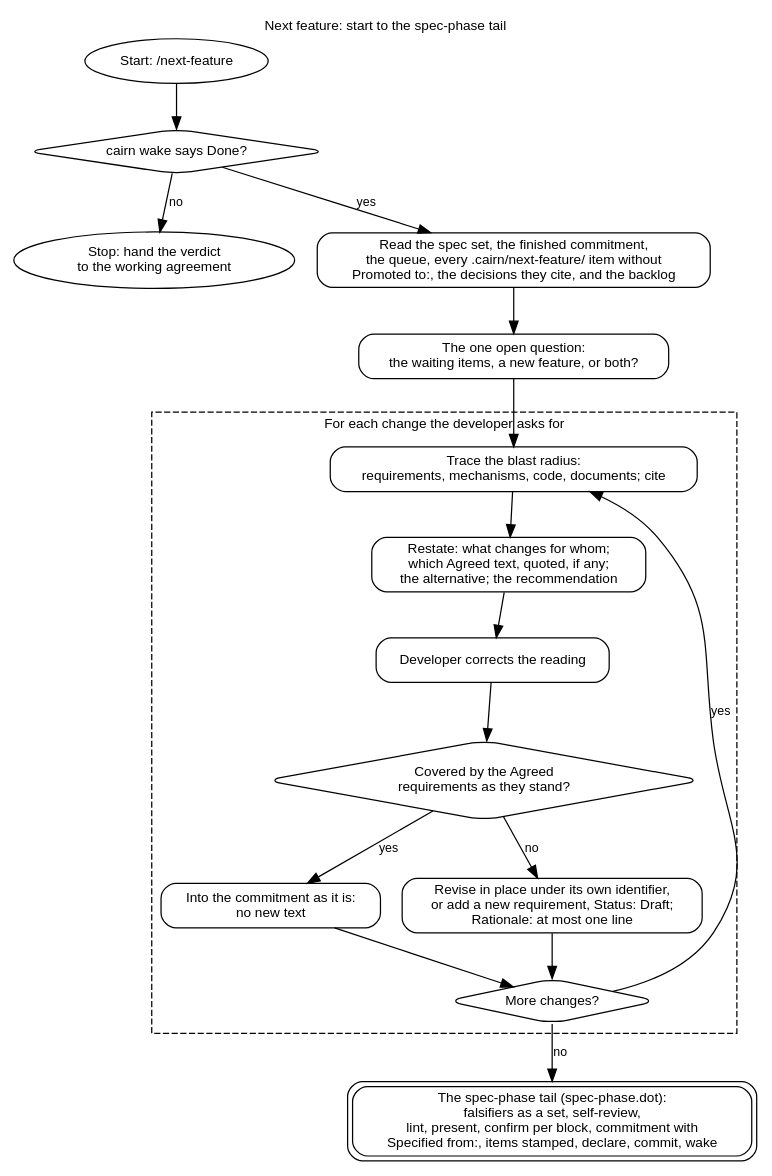
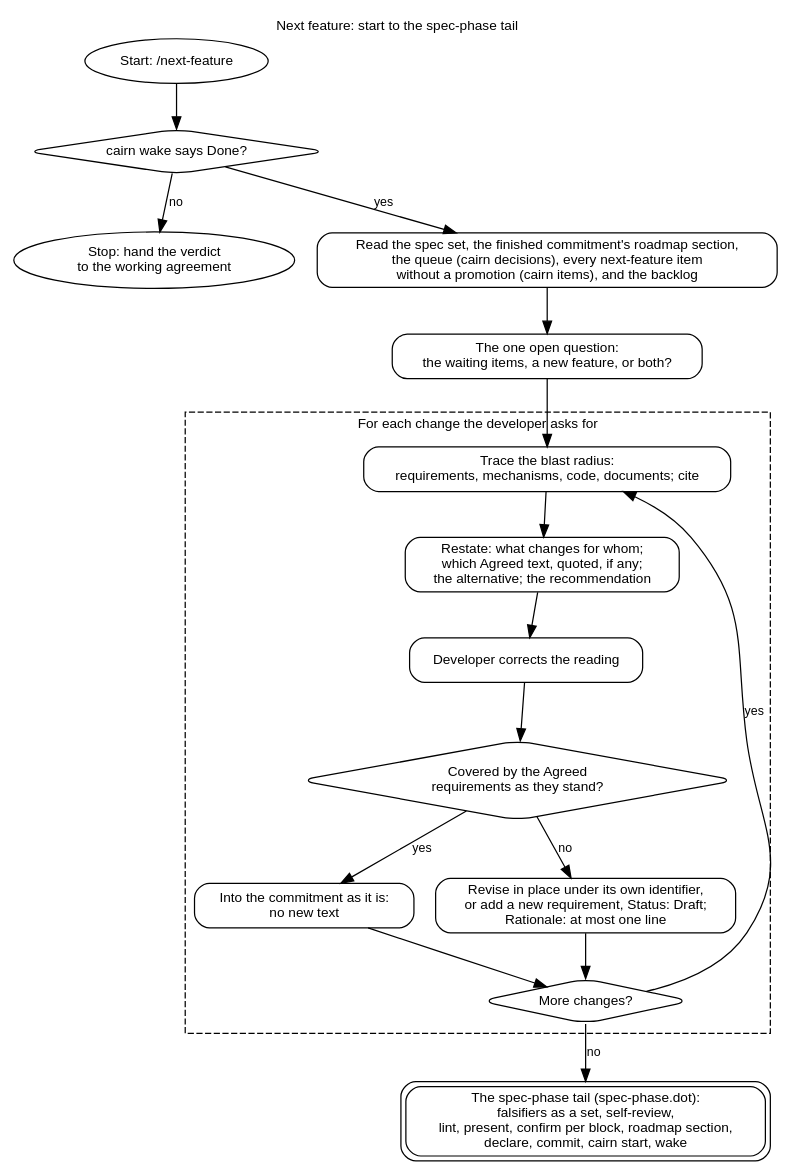
One commit to eas4ai/cairn changed the diagram in docs/diagrams/next-feature.dot. Above: the diagram before and after it, drawn with Graphviz. The commit also changed 6 other files, not shown here.

Commit message:
Records are commits on refs/cairn/log; decisions are a JSONL ADR; the report is written once and resolutions are deltas

```diff
--- a/docs/diagrams/next-feature.dot
+++ b/docs/diagrams/next-feature.dot
@@ -1,36 +1,36 @@
 // Next feature: from Done to drafted or revised requirements; the spec-phase tail finishes it.
 digraph next_feature {
   rankdir=TB;
   graph [fontname="Helvetica", fontsize=11, labelloc=t, label="Next feature: start to the spec-phase tail"];
   node  [shape=box, style=rounded, fontname="Helvetica", fontsize=11];
   edge  [fontname="Helvetica", fontsize=10];
 
   start [shape=oval, label="Start: /next-feature"];
   isdone [shape=diamond, label="cairn wake says Done?"];
   notdone [shape=oval, label="Stop: hand the verdict\nto the working agreement"];
-  read [label="Read the spec set, the finished commitment,\nthe queue, every .cairn/next-feature/ item without\nPromoted to:, the decisions they cite, and the backlog"];
+  read [label="Read the spec set, the finished commitment's roadmap section,\nthe queue (cairn decisions), every next-feature item\nwithout a promotion (cairn items), and the backlog"];
   ask [label="The one open question:\nthe waiting items, a new feature, or both?"];
 
   subgraph cluster_change {
     label="For each change the developer asks for"; style=dashed; fontname="Helvetica"; fontsize=11;
     radius [label="Trace the blast radius:\nrequirements, mechanisms, code, documents; cite"];
     restate [label="Restate: what changes for whom;\nwhich Agreed text, quoted, if any;\nthe alternative; the recommendation"];
     corrects [label="Developer corrects the reading"];
     fits [shape=diamond, label="Covered by the Agreed\nrequirements as they stand?"];
     covered [label="Into the commitment as it is:\nno new text"];
     revise [label="Revise in place under its own identifier,\nor add a new requirement, Status: Draft;\nRationale: at most one line"];
     next [shape=diamond, label="More changes?"];
   }
 
-  tail [shape=box, peripheries=2, label="The spec-phase tail (spec-phase.dot):\nfalsifiers as a set, self-review,\nlint, present, confirm per block, commitment with\nSpecified from:, items stamped, declare, commit, wake"];
+  tail [shape=box, peripheries=2, label="The spec-phase tail (spec-phase.dot):\nfalsifiers as a set, self-review,\nlint, present, confirm per block, roadmap section,\ndeclare, commit, cairn start, wake"];
 
   start -> isdone;
   isdone -> notdone [label="no"];
   isdone -> read [label="yes"];
   read -> ask -> radius -> restate -> corrects -> fits;
   fits -> covered [label="yes"];
   fits -> revise [label="no"];
   covered -> next; revise -> next;
   next -> radius [label="yes"];
   next -> tail [label="no"];
 }
```
